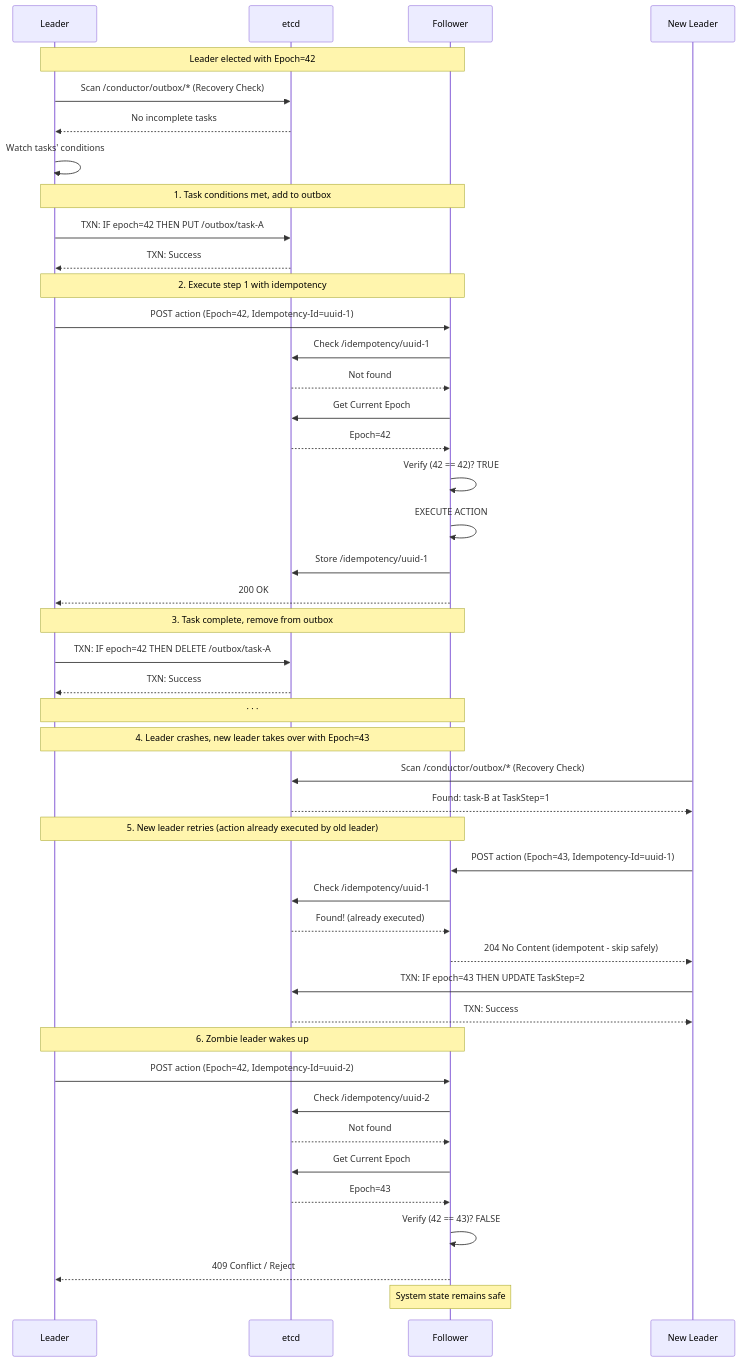
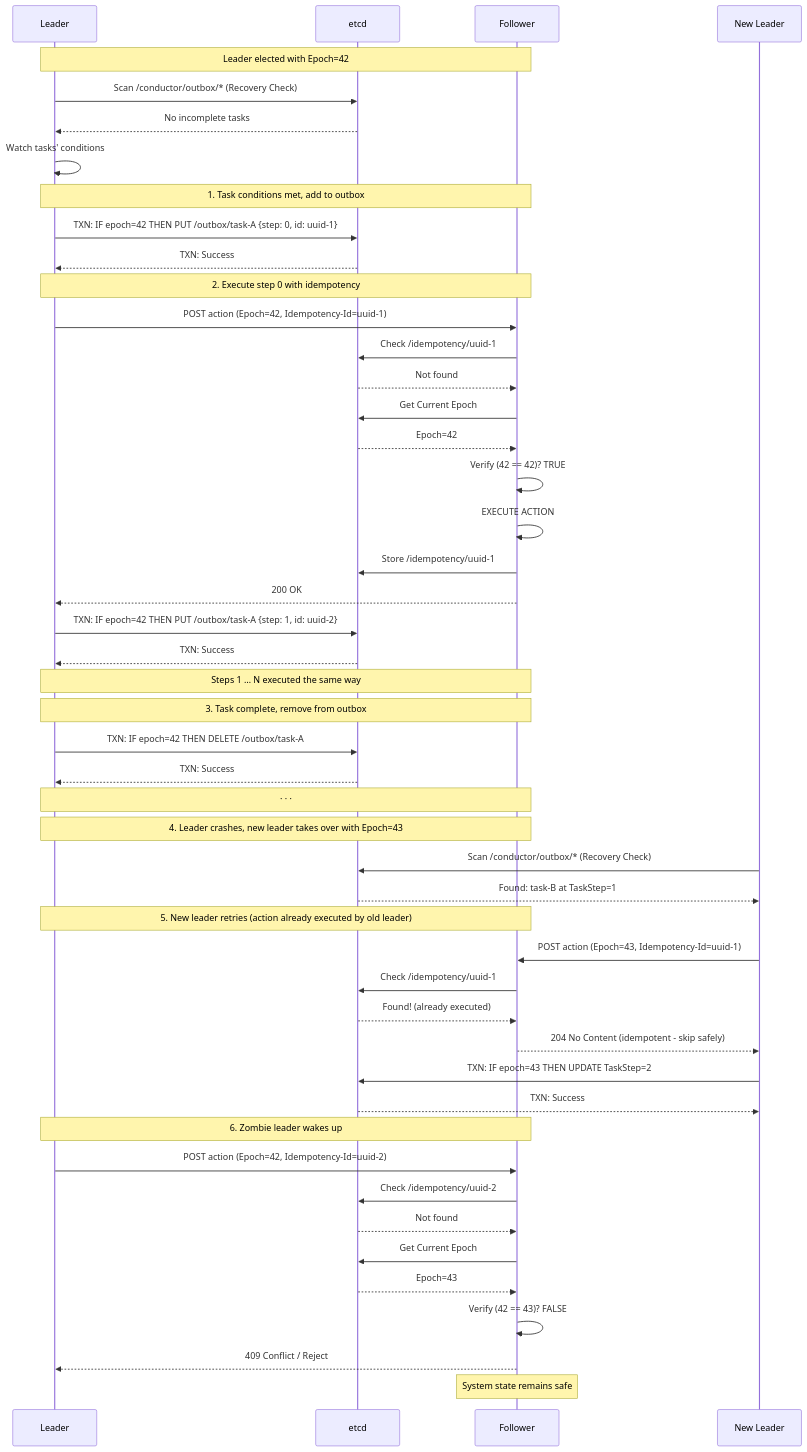
Before and after one commit to esadakcam/conductor: the diagram in docs/outbox-distributed.md, drawn with Mermaid. The commit also changed 2 other files, not shown here.

Commit message:
Refactor diagrams

````diff
--- a/docs/outbox-distributed.md
+++ b/docs/outbox-distributed.md
@@ -1,65 +1,70 @@
 ```mermaid
 sequenceDiagram
 participant Leader as Leader
 participant DB as etcd
 participant Follower as Follower
 
     Note over Leader, Follower: Leader elected with Epoch=42
 
     Leader->>DB: Scan /conductor/outbox/* (Recovery Check)
     DB-->>Leader: No incomplete tasks
     Leader->>Leader: Watch tasks' conditions
 
     Note over Leader, Follower: 1. Task conditions met, add to outbox
 
-    Leader->>DB: TXN: IF epoch=42 THEN PUT /outbox/task-A
+    Leader->>DB: TXN: IF epoch=42 THEN PUT /outbox/task-A {step: 0, id: uuid-1}
     DB-->>Leader: TXN: Success
 
-    Note over Leader, Follower: 2. Execute step 1 with idempotency
+    Note over Leader, Follower: 2. Execute step 0 with idempotency
 
     Leader->>Follower: POST action (Epoch=42, Idempotency-Id=uuid-1)
     Follower->>DB: Check /idempotency/uuid-1
     DB-->>Follower: Not found
     Follower->>DB: Get Current Epoch
     DB-->>Follower: Epoch=42
     Follower->>Follower: Verify (42 == 42)? TRUE
     Follower->>Follower: EXECUTE ACTION
     Follower->>DB: Store /idempotency/uuid-1
     Follower-->>Leader: 200 OK
+
+    Leader->>DB: TXN: IF epoch=42 THEN PUT /outbox/task-A {step: 1, id: uuid-2}
+    DB-->>Leader: TXN: Success
+
+    Note over Leader, Follower: Steps 1 … N executed the same way
 
     Note over Leader, Follower: 3. Task complete, remove from outbox
 
     Leader->>DB: TXN: IF epoch=42 THEN DELETE /outbox/task-A
     DB-->>Leader: TXN: Success
 
     Note over Leader, Follower: · · ·
 
     Note over Leader, Follower: 4. Leader crashes, new leader takes over with Epoch=43
 
     participant NewLeader as New Leader
 
     NewLeader->>DB: Scan /conductor/outbox/* (Recovery Check)
     DB-->>NewLeader: Found: task-B at TaskStep=1
 
     Note over Leader, Follower: 5. New leader retries (action already executed by old leader)
 
     NewLeader->>Follower: POST action (Epoch=43, Idempotency-Id=uuid-1)
     Follower->>DB: Check /idempotency/uuid-1
     DB-->>Follower: Found! (already executed)
     Follower-->>NewLeader: 204 No Content (idempotent - skip safely)
 
     NewLeader->>DB: TXN: IF epoch=43 THEN UPDATE TaskStep=2
     DB-->>NewLeader: TXN: Success
 
     Note over Leader, Follower: 6. Zombie leader wakes up
 
     Leader->>Follower: POST action (Epoch=42, Idempotency-Id=uuid-2)
     Follower->>DB: Check /idempotency/uuid-2
     DB-->>Follower: Not found
     Follower->>DB: Get Current Epoch
     DB-->>Follower: Epoch=43
     Follower->>Follower: Verify (42 == 43)? FALSE
     Follower-->>Leader: 409 Conflict / Reject
 
     Note over Follower: System state remains safe
 ```
````
